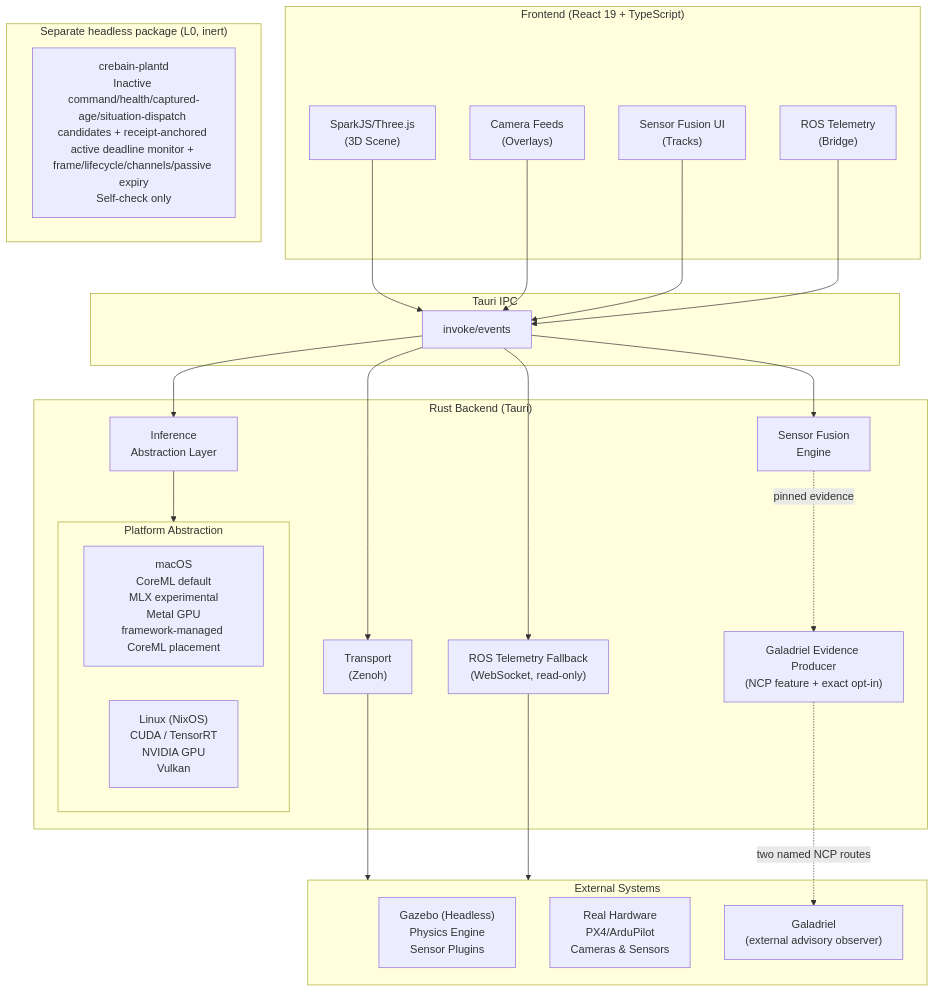
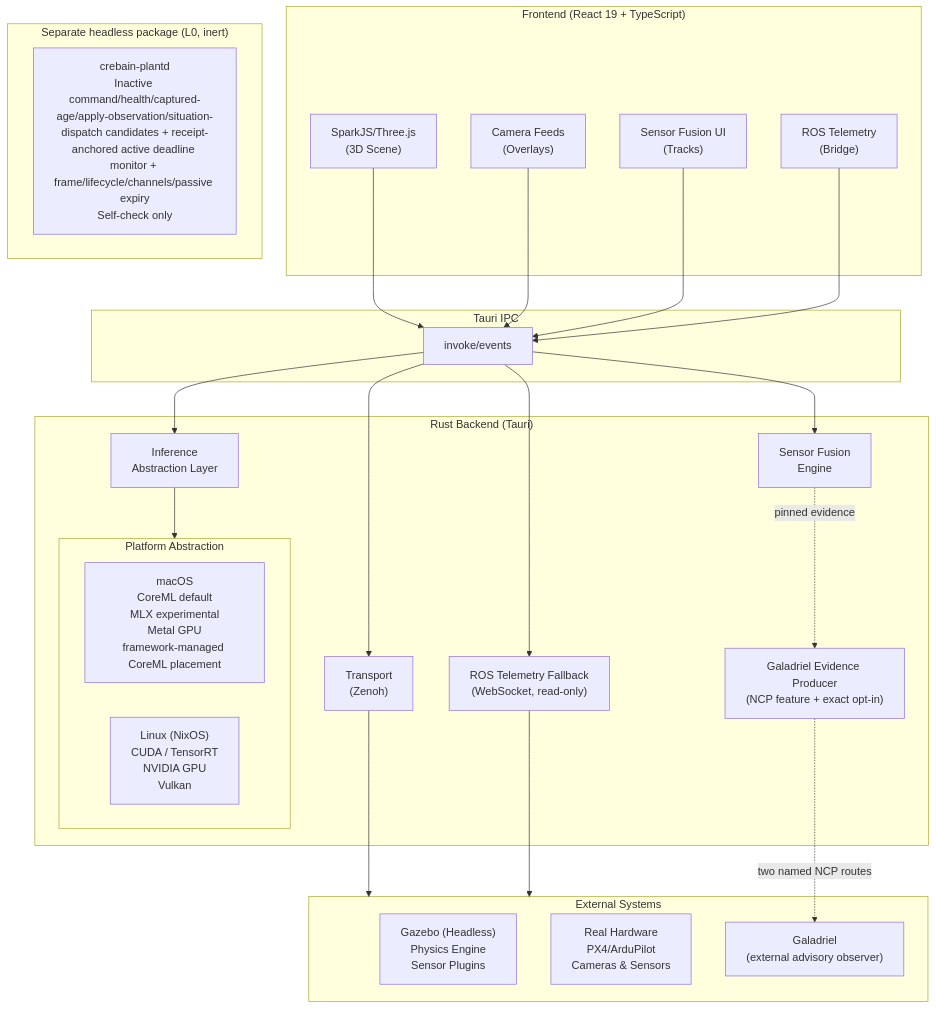
The first of 3 diagrams in docs/ARCHITECTURE.md (sepahead/crebain), drawn with Mermaid before and after one commit. The commit also changed other lines of this file and 26 other files, not shown here.

Commit message:
feat: add inert apply observation candidate

````diff
--- a/docs/ARCHITECTURE.md
+++ b/docs/ARCHITECTURE.md
@@ -11,53 +11,53 @@
 ```mermaid
 graph TB
     subgraph Frontend["Frontend (React 19 + TypeScript)"]
         ThreeJS["SparkJS/Three.js<br/>(3D Scene)"]
         CameraFeeds["Camera Feeds<br/>(Overlays)"]
         FusionUI["Sensor Fusion UI<br/>(Tracks)"]
         ROSControls["ROS Telemetry<br/>(Bridge)"]
     end
 
     subgraph IPC["Tauri IPC"]
         Invoke["invoke/events"]
     end
 
     subgraph Backend["Rust Backend (Tauri)"]
         Inference["Inference<br/>Abstraction Layer"]
         SensorFusion["Sensor Fusion<br/>Engine"]
         Zenoh["Transport<br/>(Zenoh)"]
         ROSBridge["ROS Telemetry Fallback<br/>(WebSocket, read-only)"]
         EvidenceProducer["Galadriel Evidence Producer<br/>(NCP feature + exact opt-in)"]
 
         subgraph Platform["Platform Abstraction"]
             macOS["macOS<br/>CoreML default<br/>MLX experimental<br/>Metal GPU<br/>framework-managed CoreML placement"]
             Linux["Linux (NixOS)<br/>CUDA / TensorRT<br/>NVIDIA GPU<br/>Vulkan"]
         end
     end
 
     subgraph PlantFoundation["Separate headless package (L0, inert)"]
-        Plantd["crebain-plantd<br/>Inactive command/health/captured-age/situation-dispatch candidates + receipt-anchored active deadline monitor + frame/lifecycle/channels/passive expiry<br/>Self-check only"]
+        Plantd["crebain-plantd<br/>Inactive command/health/captured-age/apply-observation/situation-dispatch candidates + receipt-anchored active deadline monitor + frame/lifecycle/channels/passive expiry<br/>Self-check only"]
     end
 
     subgraph External["External Systems"]
         Gazebo["Gazebo (Headless)<br/>Physics Engine<br/>Sensor Plugins"]
         Hardware["Real Hardware<br/>PX4/ArduPilot<br/>Cameras & Sensors"]
         Galadriel["Galadriel<br/>(external advisory observer)"]
     end
 
     ThreeJS --> Invoke
     CameraFeeds --> Invoke
     FusionUI --> Invoke
     ROSControls --> Invoke
 
     Invoke --> Inference
     Invoke --> SensorFusion
     Invoke --> Zenoh
     Invoke --> ROSBridge
     SensorFusion -. pinned evidence .-> EvidenceProducer
 
     Inference --> Platform
 
     Zenoh --> External
     ROSBridge --> External
     EvidenceProducer -. two named NCP routes .-> Galadriel
 ```
````
